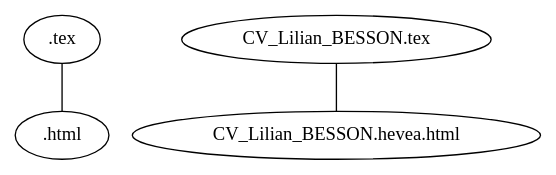
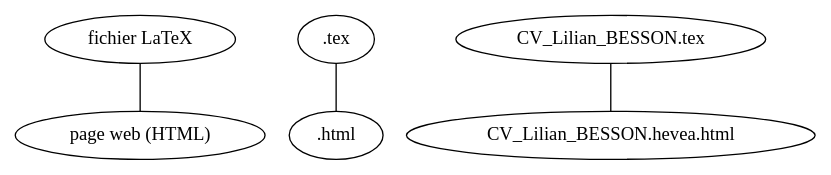
The fourth of 5 diagrams in graph.rst (Naereen/web-sphinx), drawn with Graphviz before and after one commit. The commit also changed other lines of this file and 1 other file, not shown here.

```diff
--- a/graph.rst
+++ b/graph.rst
@@ -71,4 +72,5 @@
 .. graph:: hevea
 
+   "fichier LaTeX" -- "page web (HTML)"
    ".tex" -- ".html";
    "CV_Lilian_BESSON.tex" -- "CV_Lilian_BESSON.hevea.html";
```
